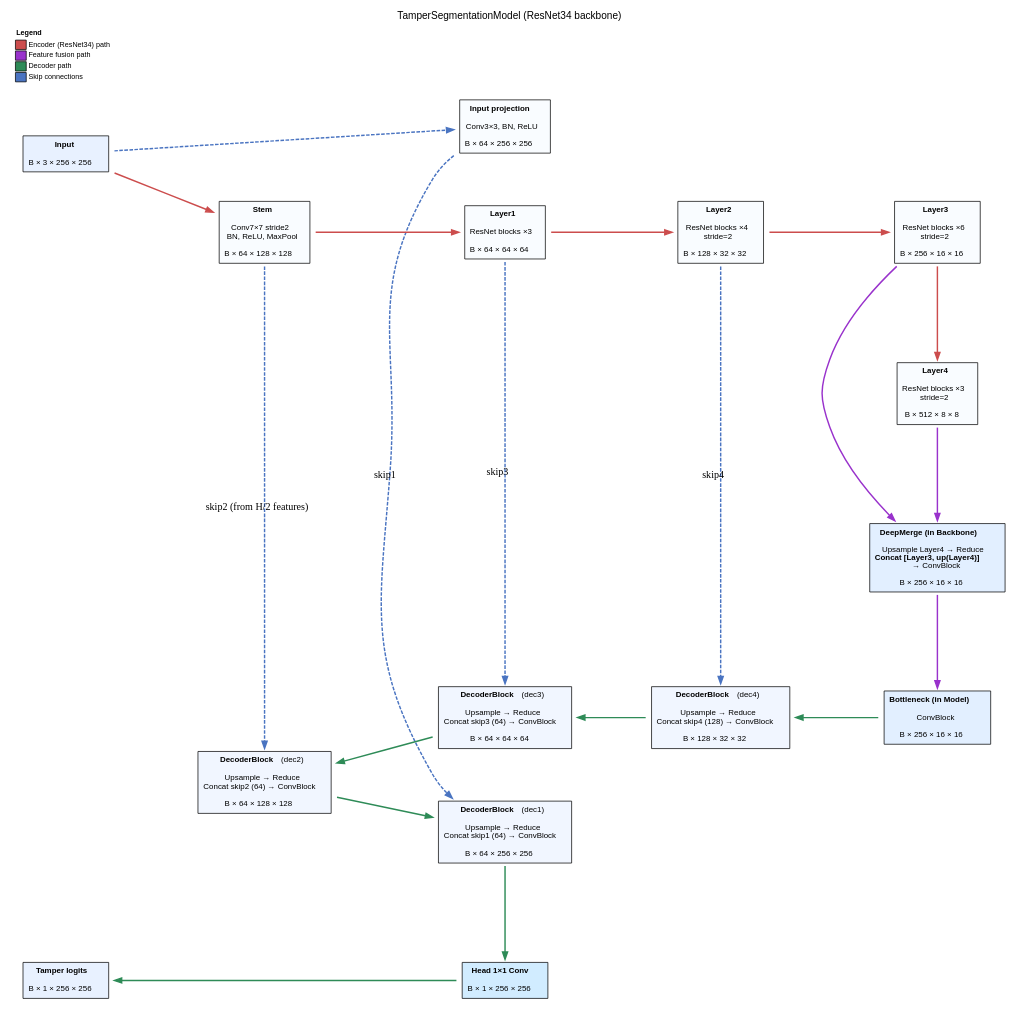
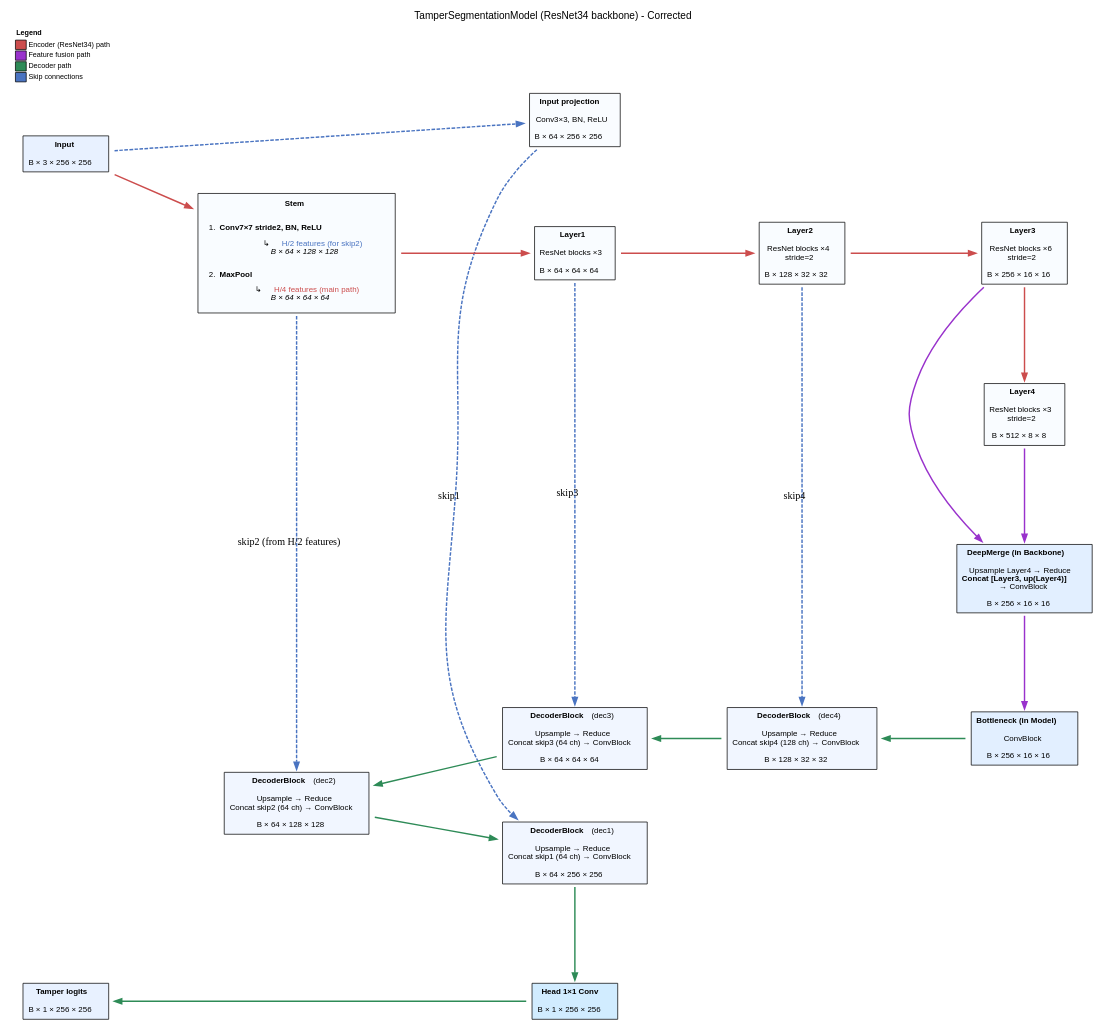
The diagram in docs/figures/TamperSegmentationModel.dot (BjarkeKarlsen/Deep-Learning-for-Visual-Recognition), drawn with Graphviz before and after one commit. The commit also changed 2 other files, not shown here.

```diff
--- a/docs/figures/TamperSegmentationModel.dot
+++ b/docs/figures/TamperSegmentationModel.dot
@@ -1,170 +1,187 @@
 digraph TamperSegmentationModel {
   graph [rankdir=LR, splines=true, nodesep=0.9, ranksep=1.3,
          fontname="Helvetica", fontsize=14,
-         label="TamperSegmentationModel (ResNet34 backbone)", labelloc="t"];
+         label="TamperSegmentationModel (ResNet34 backbone) - Corrected", labelloc="t"];
   node  [shape=plaintext, fontname="Helvetica", fontsize=11];
   edge  [penwidth=2];
 
   // Encoder ---------------------------------------------------------------------
   Input [label=<
     <table border="1" cellborder="0" cellspacing="0" cellpadding="6" bgcolor="#e8f1ff">
       <tr><td><b>Input</b></td></tr>
       <tr><td>B × 3 × 256 × 256</td></tr>
     </table>
   >];
 
   InputProj [label=<
     <table border="1" cellborder="0" cellspacing="0" cellpadding="6" bgcolor="#f9fcff">
       <tr><td><b>Input projection</b></td></tr>
       <tr><td>Conv3×3, BN, ReLU</td></tr>
       <tr><td>B × 64 × 256 × 256</td></tr>
     </table>
   >];
 
   Stem [label=<
-    <table border="1" cellborder="0" cellspacing="0" cellpadding="6" bgcolor="#f9fcff">
-      <tr><td><b>Stem</b></td></tr>
-      <tr><td>Conv7×7 stride2<br/>BN, ReLU, MaxPool</td></tr>
-      <tr><td>B × 64 × 128 × 128</td></tr>
+    <table border="1" cellborder="0" cellspacing="0" cellpadding="8" bgcolor="#f9fcff">
+      <tr><td align="center"><b>Stem</b></td></tr>
+      <tr><td align="left">
+        <table border="0" cellborder="0" cellpadding="4">
+          <tr><td align="left" colspan="2">1. <b>Conv7×7 stride2, BN, ReLU</b></td></tr>
+          <tr>
+            <td width="20"></td>
+            <td align="left">
+              ↳ <font color="#4a74c1">H/2 features (for skip2)</font><br/>
+              &nbsp;&nbsp;&nbsp;<i>B × 64 × 128 × 128</i>
+            </td>
+          </tr>
+          <tr><td align="left" colspan="2"><br/>2. <b>MaxPool</b></td></tr>
+          <tr>
+            <td width="20"></td>
+            <td align="left">
+              ↳ <font color="#cc4d4d">H/4 features (main path)</font><br/>
+              &nbsp;&nbsp;&nbsp;<i>B × 64 × 64 × 64</i>
+            </td>
+          </tr>
+        </table>
+      </td></tr>
     </table>
   >];
 
   Layer1 [label=<
     <table border="1" cellborder="0" cellspacing="0" cellpadding="6" bgcolor="#f9fcff">
       <tr><td><b>Layer1</b></td></tr>
       <tr><td>ResNet blocks ×3</td></tr>
       <tr><td>B × 64 × 64 × 64</td></tr>
     </table>
   >];
 
   Layer2 [label=<
     <table border="1" cellborder="0" cellspacing="0" cellpadding="6" bgcolor="#f9fcff">
       <tr><td><b>Layer2</b></td></tr>
       <tr><td>ResNet blocks ×4<br/>stride=2</td></tr>
       <tr><td>B × 128 × 32 × 32</td></tr>
     </table>
   >];
 
   Layer3 [label=<
     <table border="1" cellborder="0" cellspacing="0" cellpadding="6" bgcolor="#f9fcff">
       <tr><td><b>Layer3</b></td></tr>
       <tr><td>ResNet blocks ×6<br/>stride=2</td></tr>
       <tr><td>B × 256 × 16 × 16</td></tr>
     </table>
   >];
 
   Layer4 [label=<
     <table border="1" cellborder="0" cellspacing="0" cellpadding="6" bgcolor="#f9fcff">
       <tr><td><b>Layer4</b></td></tr>
       <tr><td>ResNet blocks ×3<br/>stride=2</td></tr>
       <tr><td>B × 512 × 8 × 8</td></tr>
     </table>
   >];
 
-  // Corrected Bottleneck Area ----------------------------------------------------
+  // Bottleneck Area ----------------------------------------------------
   DeepMerge [label=<
     <table border="1" cellborder="0" cellspacing="0" cellpadding="6" bgcolor="#e2efff">
       <tr><td><b>DeepMerge (in Backbone)</b></td></tr>
       <tr><td>Upsample Layer4 → Reduce<br/><b>Concat [Layer3, up(Layer4)]</b><br/>→ ConvBlock</td></tr>
       <tr><td>B × 256 × 16 × 16</td></tr>
     </table>
   >];
 
   Bottleneck [label=<
     <table border="1" cellborder="0" cellspacing="0" cellpadding="6" bgcolor="#e2efff">
       <tr><td><b>Bottleneck (in Model)</b></td></tr>
       <tr><td>ConvBlock</td></tr>
       <tr><td>B × 256 × 16 × 16</td></tr>
     </table>
   >];
 
   // Decoder ---------------------------------------------------------------------
   Dec4 [label=<
     <table border="1" cellborder="0" cellspacing="0" cellpadding="6" bgcolor="#f1f6ff">
       <tr><td><b>DecoderBlock</b> (dec4)</td></tr>
-      <tr><td>Upsample → Reduce<br/>Concat skip4 (128) → ConvBlock</td></tr>
+      <tr><td>Upsample → Reduce<br/>Concat skip4 (128 ch) → ConvBlock</td></tr>
       <tr><td>B × 128 × 32 × 32</td></tr>
     </table>
   >];
 
   Dec3 [label=<
     <table border="1" cellborder="0" cellspacing="0" cellpadding="6" bgcolor="#f1f6ff">
       <tr><td><b>DecoderBlock</b> (dec3)</td></tr>
-      <tr><td>Upsample → Reduce<br/>Concat skip3 (64) → ConvBlock</td></tr>
+      <tr><td>Upsample → Reduce<br/>Concat skip3 (64 ch) → ConvBlock</td></tr>
       <tr><td>B × 64 × 64 × 64</td></tr>
     </table>
   >];
 
   Dec2 [label=<
     <table border="1" cellborder="0" cellspacing="0" cellpadding="6" bgcolor="#f1f6ff">
       <tr><td><b>DecoderBlock</b> (dec2)</td></tr>
-      <tr><td>Upsample → Reduce<br/>Concat skip2 (64) → ConvBlock</td></tr>
+      <tr><td>Upsample → Reduce<br/>Concat skip2 (64 ch) → ConvBlock</td></tr>
       <tr><td>B × 64 × 128 × 128</td></tr>
     </table>
   >];
 
   Dec1 [label=<
     <table border="1" cellborder="0" cellspacing="0" cellpadding="6" bgcolor="#f1f6ff">
       <tr><td><b>DecoderBlock</b> (dec1)</td></tr>
-      <tr><td>Upsample → Reduce<br/>Concat skip1 (64) → ConvBlock</td></tr>
+      <tr><td>Upsample → Reduce<br/>Concat skip1 (64 ch) → ConvBlock</td></tr>
       <tr><td>B × 64 × 256 × 256</td></tr>
     </table>
   >];
 
   Head [label=<
     <table border="1" cellborder="0" cellspacing="0" cellpadding="6" bgcolor="#d1ecff">
       <tr><td><b>Head 1×1 Conv</b></td></tr>
       <tr><td>B × 1 × 256 × 256</td></tr>
     </table>
   >];
 
   Output [label=<
     <table border="1" cellborder="0" cellspacing="0" cellpadding="6" bgcolor="#e8f1ff">
       <tr><td><b>Tamper logits</b></td></tr>
       <tr><td>B × 1 × 256 × 256</td></tr>
     </table>
   >];
 
-  // CORRECTED EDGES
-  // Main encoder path (now starts from Input)
+  // EDGES
+  // Main encoder path
   edge [color="#cc4d4d"];
   Input -> Stem -> Layer1 -> Layer2 -> Layer3 -> Layer4;
 
   // Bottleneck fusion edges
   edge [color="#9932CC"]; // Purple for fusion
   Layer3 -> DeepMerge [constraint=false];
   Layer4 -> DeepMerge;
   DeepMerge -> Bottleneck;
 
   // Decoder path
   edge [color="#2e8b57"];
   Bottleneck -> Dec4 -> Dec3 -> Dec2 -> Dec1 -> Head -> Output;
 
   // Skip connections and their origins
   edge [color="#4a74c1", style=dashed];
   Input -> InputProj; // Path to create the skip1 features
   InputProj -> Dec1 [label="skip1", constraint=false];
   
   Stem -> Dec2 [label="skip2 (from H/2 features)", constraint=false];
   Layer1 -> Dec3 [label="skip3", constraint=false];
   Layer2 -> Dec4 [label="skip4", constraint=false];
 
-
   // Rank alignment for U shape
   {rank=same; Input; Output}
   {rank=same; InputProj; Dec1; Head}
   {rank=same; Stem; Dec2}
   {rank=same; Layer1; Dec3}
   {rank=same; Layer2; Dec4}
   {rank=same; Layer3; Layer4; DeepMerge; Bottleneck}
 
   Legend [shape=plaintext, fontsize=10, label=<
     <table border="0" cellborder="0" cellspacing="2" cellpadding="1" align="left">
       <tr><td align="left" colspan="2"><b>Legend</b></td></tr>
       <tr><td BORDER="1" BGCOLOR="#cc4d4d" width="15"></td><td align="left">Encoder (ResNet34) path</td></tr>
       <tr><td BORDER="1" BGCOLOR="#9932CC" width="15"></td><td align="left">Feature fusion path</td></tr>
       <tr><td BORDER="1" BGCOLOR="#2e8b57" width="15"></td><td align="left">Decoder path</td></tr>
       <tr><td BORDER="1" BGCOLOR="#4a74c1" width="15"></td><td align="left">Skip connections</td></tr>
     </table>
   >];
 }
```
